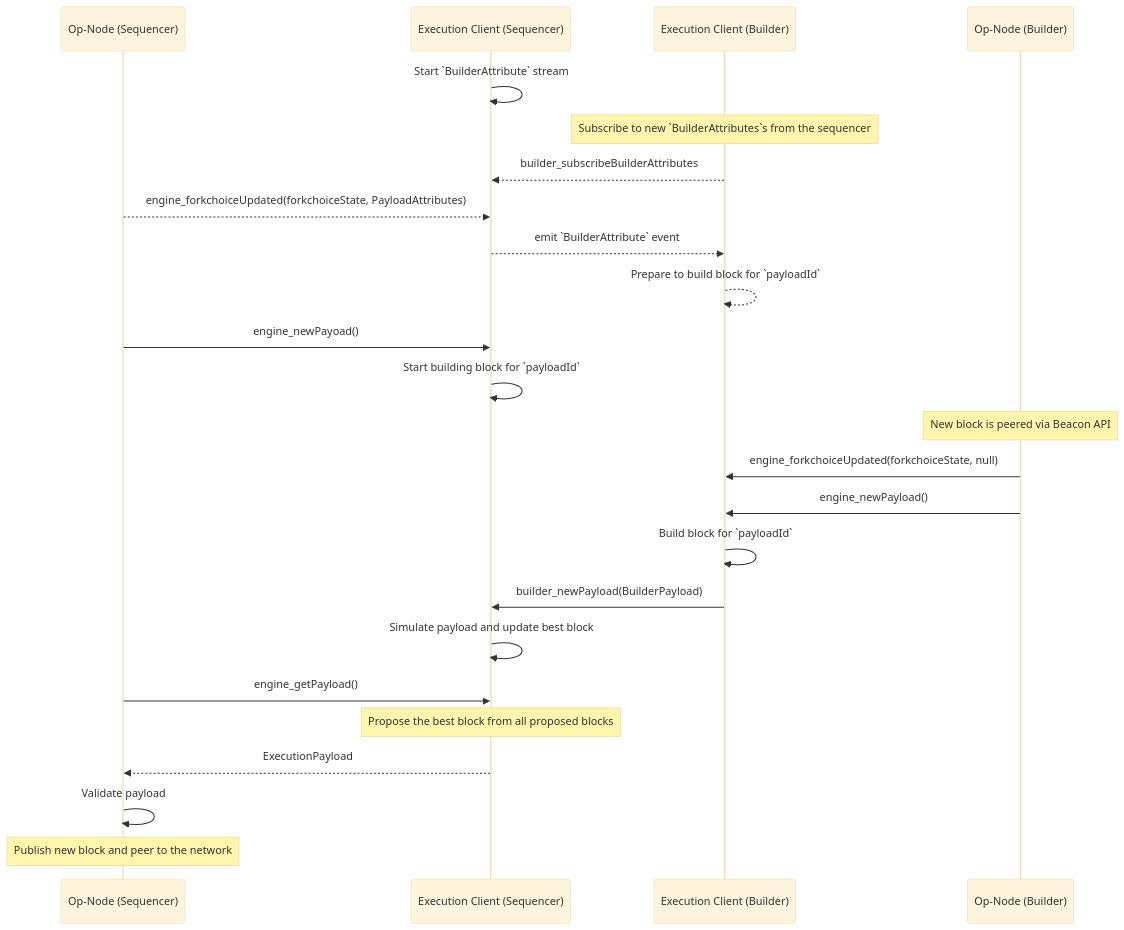
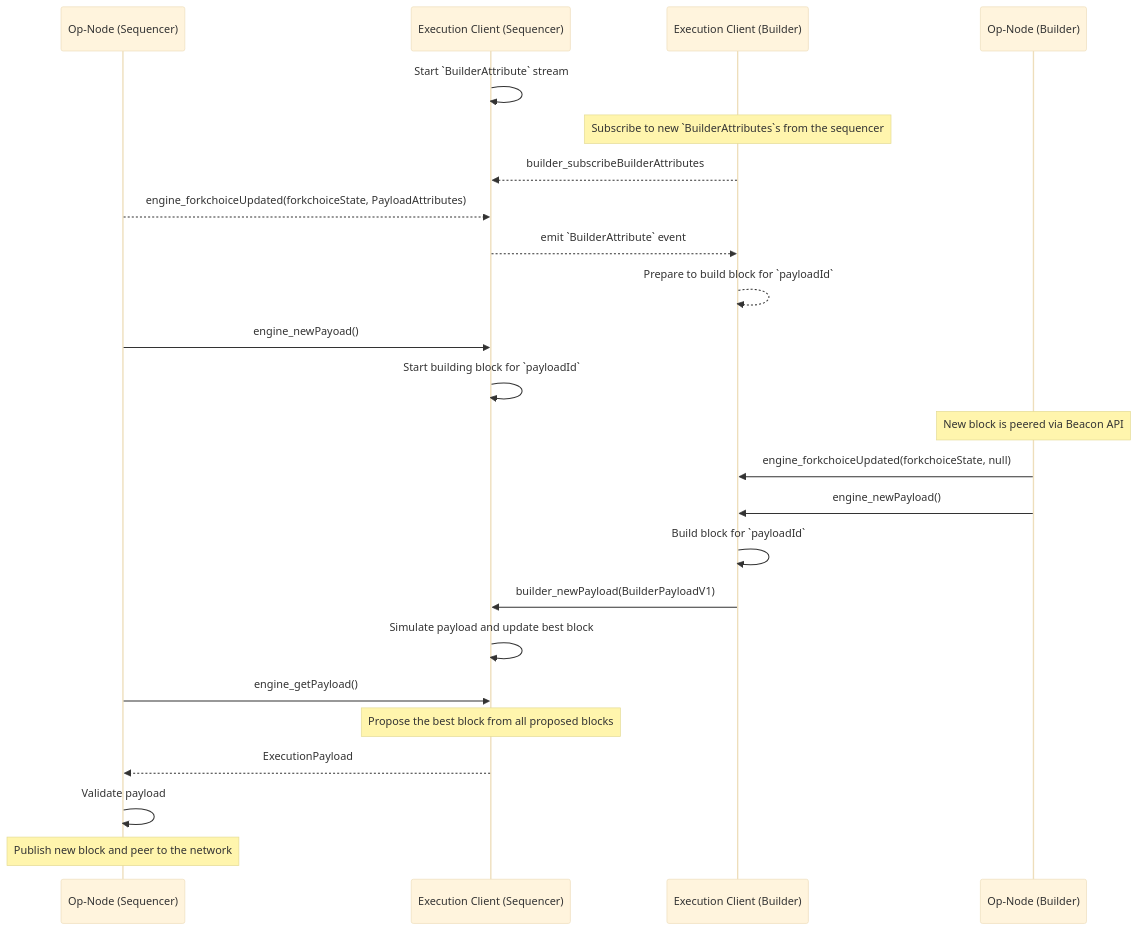
One commit to 0xKitsune/specs changed the diagram in specs/experimental/builder.md. Above: the diagram before and after it, drawn with Mermaid (base theme). The commit also changed other lines of this file, not shown here.

````diff
--- a/specs/experimental/builder.md
+++ b/specs/experimental/builder.md
@@ -38,33 +37,33 @@
 ```mermaid
 sequenceDiagram
     participant CLS as Op-Node (Sequencer)
     participant ELS as Execution Client (Sequencer)
     participant ELB as Execution Client (Builder)
     participant CLB as Op-Node (Builder)
 
     ELS->>ELS: Start `BuilderAttribute` stream
 
     Note over ELB: Subscribe to new `BuilderAttributes`s from the sequencer
     ELB-->>ELS: builder_subscribeBuilderAttributes
 
     CLS-->>ELS: engine_forkchoiceUpdated(forkchoiceState, PayloadAttributes)
     ELS-->>ELB: emit `BuilderAttribute` event
     ELB-->>ELB: Prepare to build block for `payloadId`
     CLS->>ELS: engine_newPayoad()
     ELS->>ELS: Start building block for `payloadId`
 
     Note over CLB: New block is peered via Beacon API
     CLB->>ELB: engine_forkchoiceUpdated(forkchoiceState, null)
     CLB->>ELB: engine_newPayload()
 
     ELB->>ELB: Build block for `payloadId`
-    ELB->>ELS: builder_newPayload(BuilderPayload)
+    ELB->>ELS: builder_newPayload(BuilderPayloadV1)
     ELS->>ELS: Simulate payload and update best block
 
     CLS->>ELS: engine_getPayload()
     Note over ELS: Propose the best block from all proposed blocks
     ELS-->>CLS: ExecutionPayload
 
     CLS->>CLS: Validate payload
     Note over CLS: Publish new block and peer to the network
 ```
````
